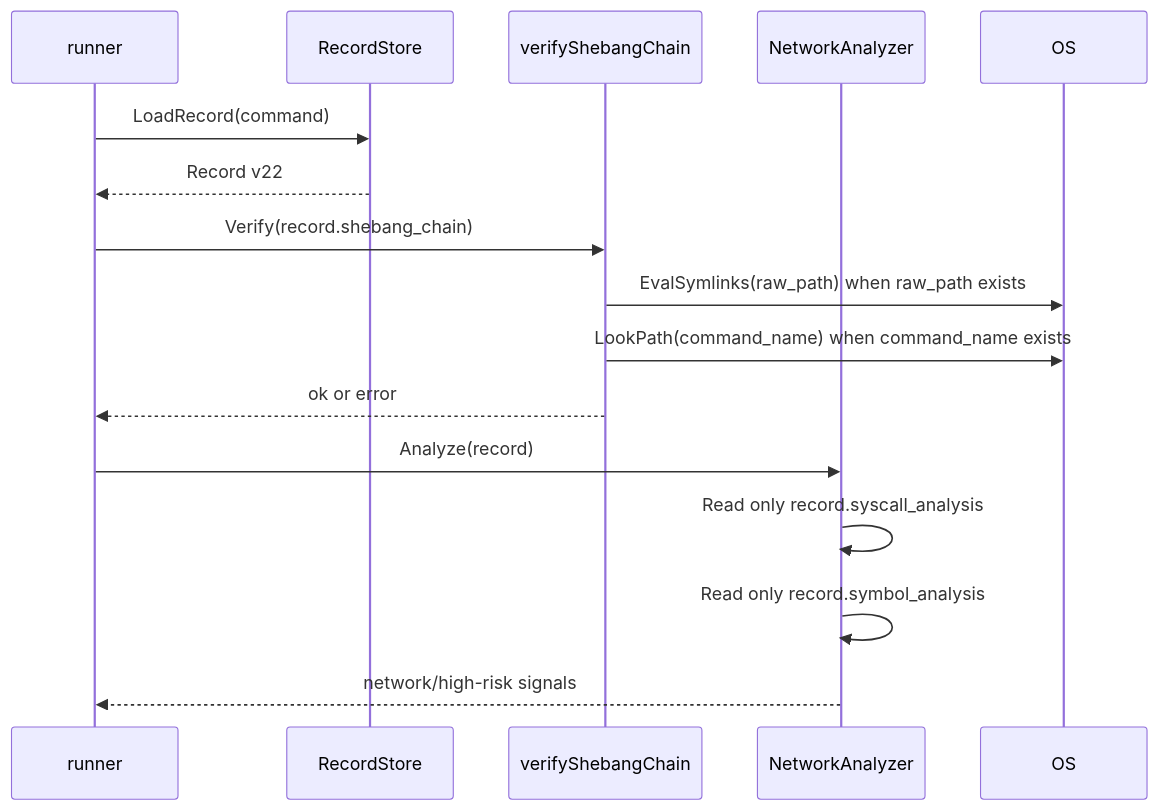
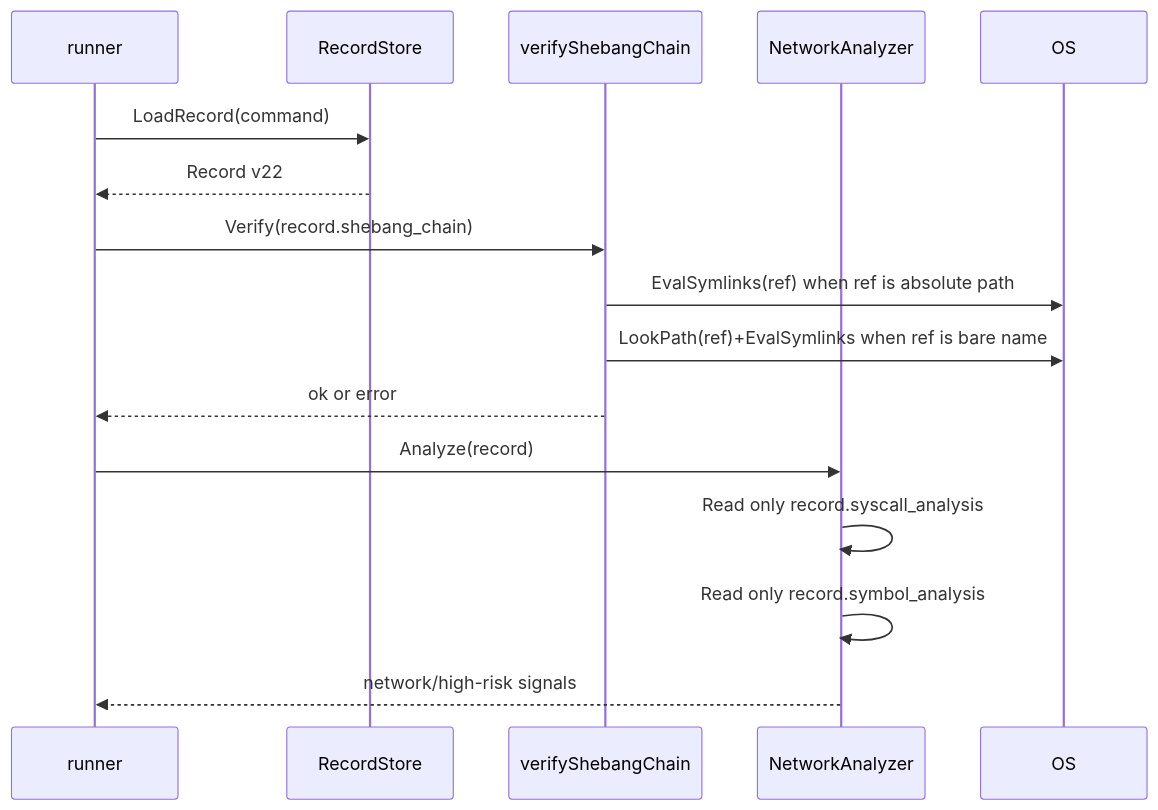
Before and after one commit to isseis/go-safe-cmd-runner: the fourth of 5 diagrams in docs/tasks/0129_self_contained_record/02_architecture.md, drawn with Mermaid. The commit also changed other lines of this file and 3 other files, not shown here.

First line of the commit message:
docs: unify raw_path and command_name into single ref field in shebang_chain

````diff
--- a/docs/tasks/0129_self_contained_record/02_architecture.md
+++ b/docs/tasks/0129_self_contained_record/02_architecture.md
@@ -131,19 +131,19 @@
 ```mermaid
 sequenceDiagram
     participant R as runner
     participant RS as RecordStore
     participant V as verifyShebangChain
     participant N as NetworkAnalyzer
     participant OS as OS
 
     R->>RS: LoadRecord(command)
     RS-->>R: Record v22
     R->>V: Verify(record.shebang_chain)
-    V->>OS: EvalSymlinks(raw_path) when raw_path exists
-    V->>OS: LookPath(command_name) when command_name exists
+    V->>OS: EvalSymlinks(ref) when ref is absolute path
+    V->>OS: LookPath(ref)+EvalSymlinks when ref is bare name
     V-->>R: ok or error
     R->>N: Analyze(record)
     N->>N: Read only record.syscall_analysis
     N->>N: Read only record.symbol_analysis
     N-->>R: network/high-risk signals
 ```
````
